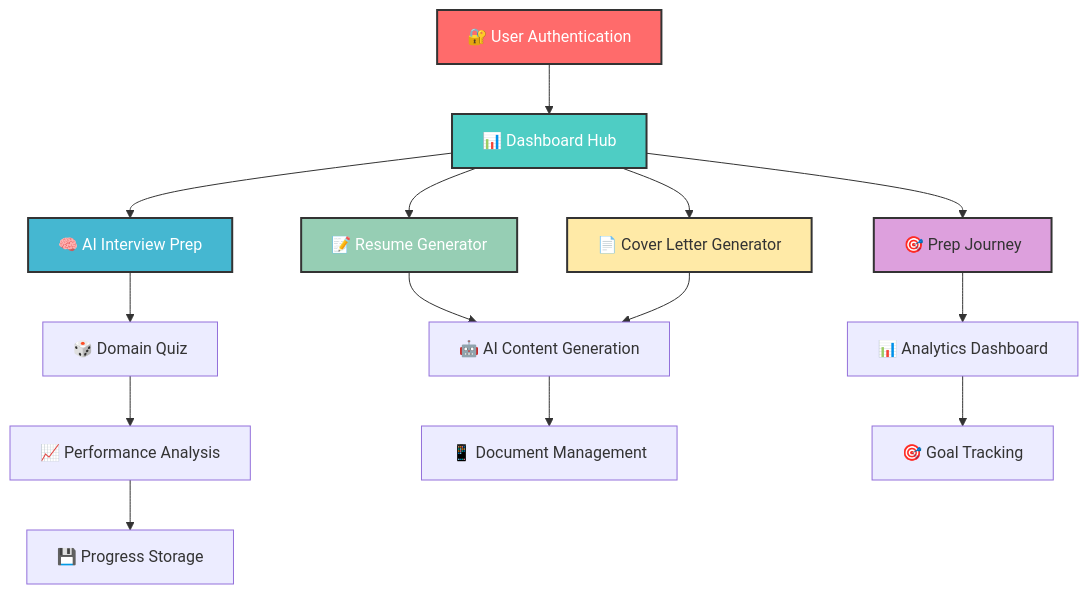
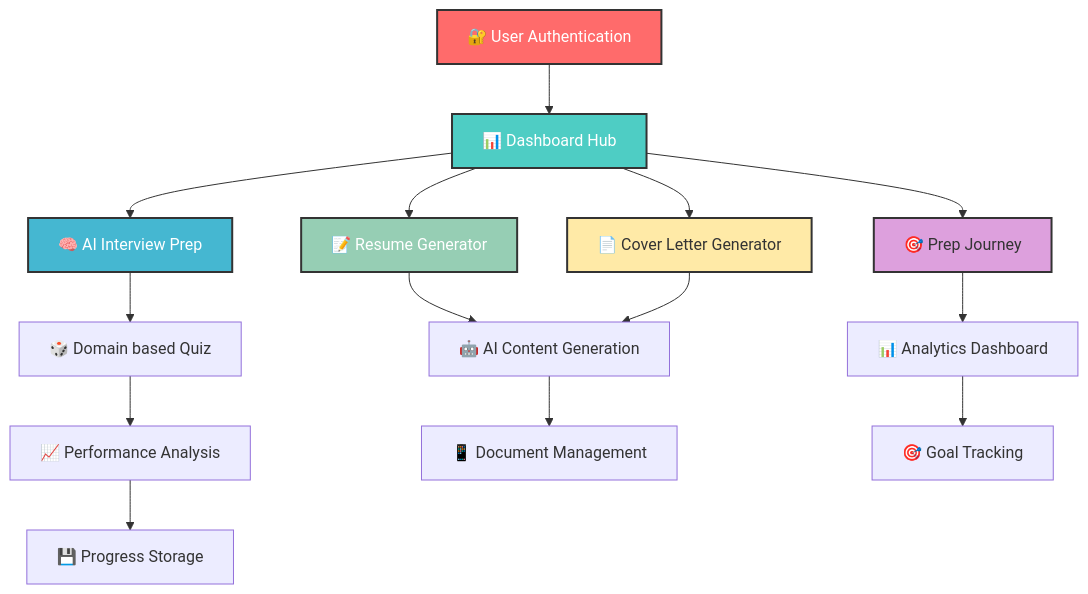
One commit to shahbhavya7/Ace_360 changed the diagram in README.md. Above: the diagram before and after it, drawn with Mermaid. The commit also changed other lines of this file, not shown here.

````diff
--- a/README.md
+++ b/README.md
@@ -130,26 +131,26 @@
 ```mermaid
 graph TD
     A[🔐 User Authentication] --> B[📊 Dashboard Hub]
     B --> C[🧠 AI Interview Prep]
     B --> D[📝 Resume Generator]
     B --> E[📄 Cover Letter Generator]
     B --> F[🎯 Prep Journey]
     
-    C --> G[🎲 Domain Quiz]
+    C --> G[🎲 Domain based Quiz]
     G --> H[📈 Performance Analysis]
     H --> I[💾 Progress Storage]
     
     D --> J[🤖 AI Content Generation]
     E --> J
     J --> K[📱 Document Management]
     
     F --> L[📊 Analytics Dashboard]
     L --> M[🎯 Goal Tracking]
     
     style A fill:#FF6B6B,stroke:#333,stroke-width:2px,color:#fff
     style B fill:#4ECDC4,stroke:#333,stroke-width:2px,color:#fff
     style C fill:#45B7D1,stroke:#333,stroke-width:2px,color:#fff
     style D fill:#96CEB4,stroke:#333,stroke-width:2px,color:#fff
     style E fill:#FFEAA7,stroke:#333,stroke-width:2px,color:#333
     style F fill:#DDA0DD,stroke:#333,stroke-width:2px,color:#333
 ```
````
